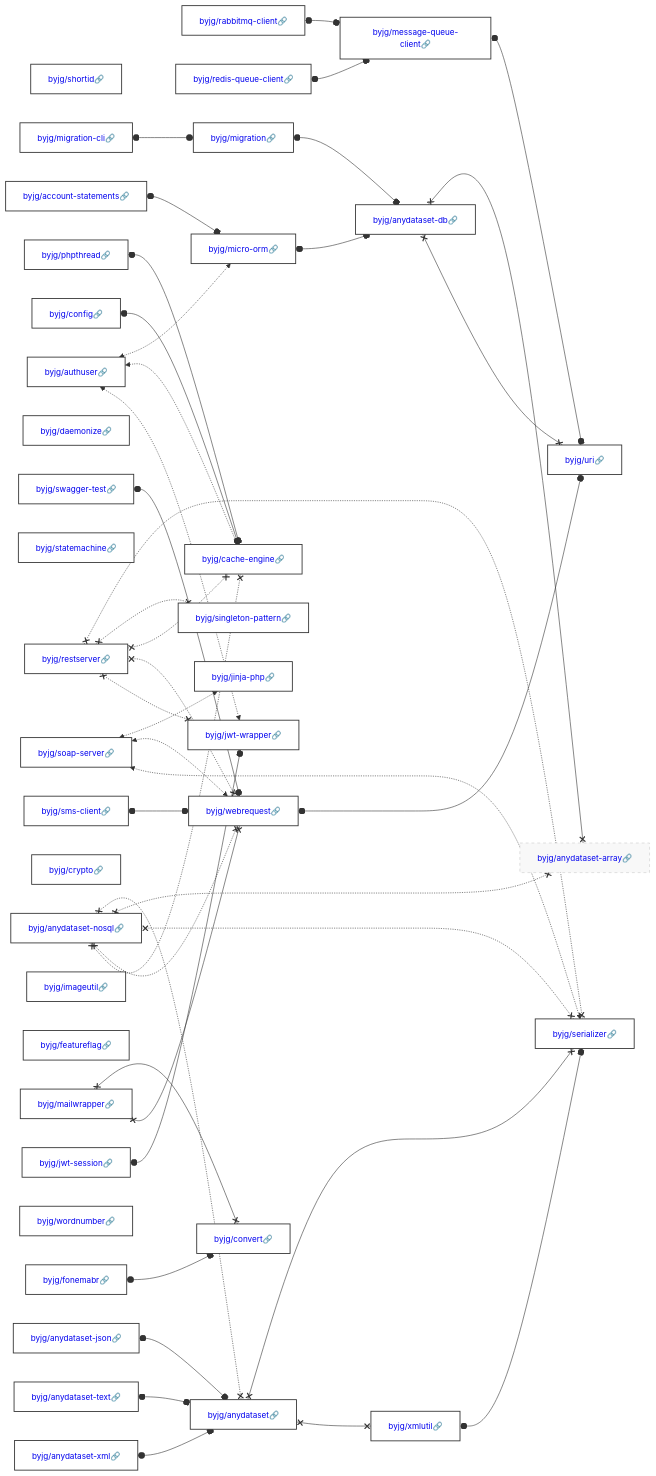
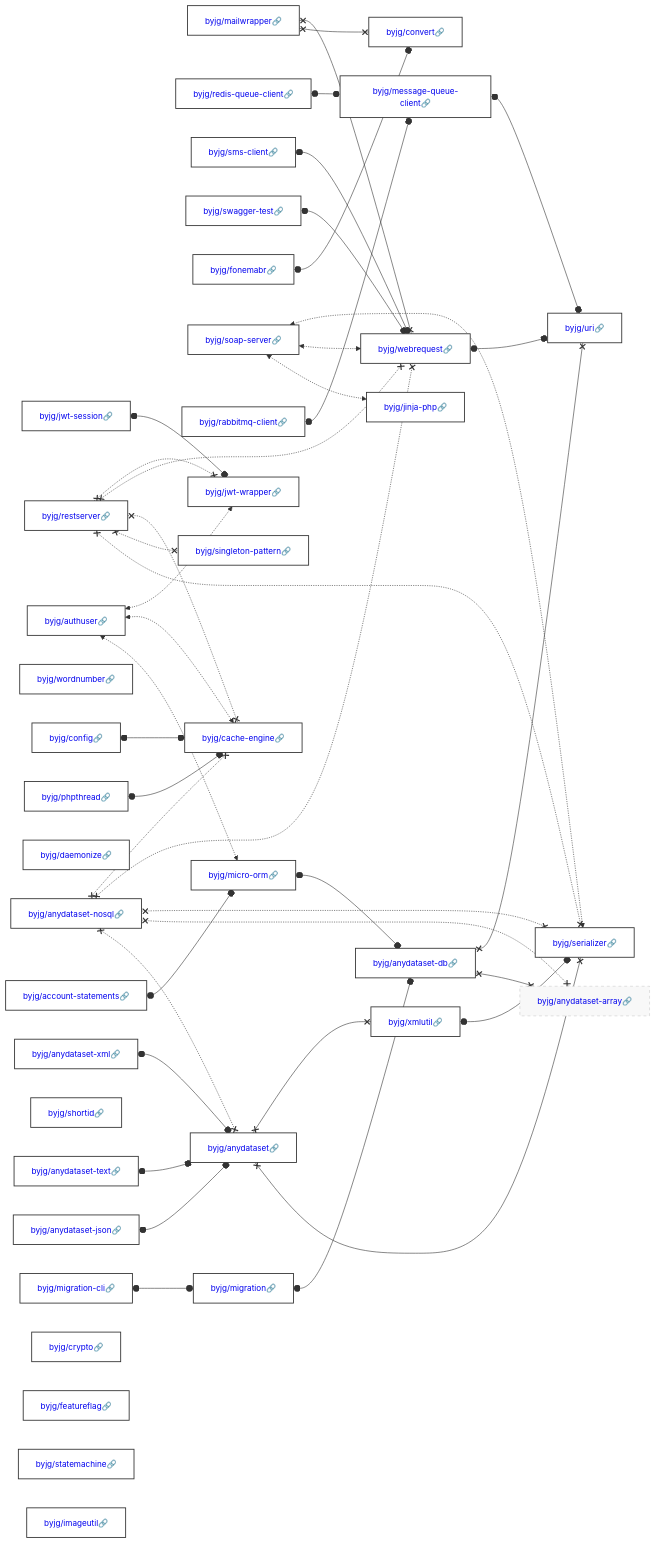
Before and after one commit to byjg/byjg.github.io: the diagram in docs/php/README.md, drawn with Mermaid. The commit also changed other lines of this file and 1 other file, not shown here.

Commit message:
Update documentation 'php' 'php-singleton-pattern'

````diff
--- a/docs/php/README.md
+++ b/docs/php/README.md
@@ -3,45 +3,45 @@
 ```mermaid
 graph LR;
-  byjg/shortid[<a href='https://opensource.byjg.com/docs/php/shortid' style='text-decoration:none'>byjg/shortid🔗</a>];
-  byjg/rabbitmq-client[<a href='https://opensource.byjg.com/docs/php/rabbitmq-client' style='text-decoration:none'>byjg/rabbitmq-client🔗</a>];
-  byjg/account-statements[<a href='https://opensource.byjg.com/docs/php/account-statements' style='text-decoration:none'>byjg/account-statements🔗</a>];
-  byjg/anydataset-text[<a href='https://opensource.byjg.com/docs/php/anydataset-text' style='text-decoration:none'>byjg/anydataset-text🔗</a>];
-  byjg/swagger-test[<a href='https://opensource.byjg.com/docs/php/swagger-test' style='text-decoration:none'>byjg/swagger-test🔗</a>];
-  byjg/anydataset-nosql[<a href='https://opensource.byjg.com/docs/php/anydataset-nosql' style='text-decoration:none'>byjg/anydataset-nosql🔗</a>];
-  byjg/restserver[<a href='https://opensource.byjg.com/docs/php/restserver' style='text-decoration:none'>byjg/restserver🔗</a>];
-  byjg/daemonize[<a href='https://opensource.byjg.com/docs/php/daemonize' style='text-decoration:none'>byjg/daemonize🔗</a>];
+  byjg/mailwrapper[<a href='https://opensource.byjg.com/docs/php/mailwrapper' style='text-decoration:none'>byjg/mailwrapper🔗</a>];
   byjg/phpthread[<a href='https://opensource.byjg.com/docs/php/phpthread' style='text-decoration:none'>byjg/phpthread🔗</a>];
-  byjg/statemachine[<a href='https://opensource.byjg.com/docs/php/statemachine' style='text-decoration:none'>byjg/statemachine🔗</a>];
-  byjg/soap-server[<a href='https://opensource.byjg.com/docs/php/soap-server' style='text-decoration:none'>byjg/soap-server🔗</a>];
-  byjg/mailwrapper[<a href='https://opensource.byjg.com/docs/php/mailwrapper' style='text-decoration:none'>byjg/mailwrapper🔗</a>];
-  byjg/sms-client[<a href='https://opensource.byjg.com/docs/php/sms-client' style='text-decoration:none'>byjg/sms-client🔗</a>];
-  byjg/crypto[<a href='https://opensource.byjg.com/docs/php/crypto' style='text-decoration:none'>byjg/crypto🔗</a>];
-  byjg/migration-cli[<a href='https://opensource.byjg.com/docs/php/migration-cli' style='text-decoration:none'>byjg/migration-cli🔗</a>];
-  byjg/imageutil[<a href='https://opensource.byjg.com/docs/php/imageutil' style='text-decoration:none'>byjg/imageutil🔗</a>];
-  byjg/featureflag[<a href='https://opensource.byjg.com/docs/php/featureflag' style='text-decoration:none'>byjg/featureflag🔗</a>];
-  byjg/redis-queue-client[<a href='https://opensource.byjg.com/docs/php/redis-queue-client' style='text-decoration:none'>byjg/redis-queue-client🔗</a>];
-  byjg/config[<a href='https://opensource.byjg.com/docs/php/config' style='text-decoration:none'>byjg/config🔗</a>];
+  byjg/anydataset-xml[<a href='https://opensource.byjg.com/docs/php/anydataset-xml' style='text-decoration:none'>byjg/anydataset-xml🔗</a>];
   byjg/authuser[<a href='https://opensource.byjg.com/docs/php/authuser' style='text-decoration:none'>byjg/authuser🔗</a>];
   byjg/wordnumber[<a href='https://opensource.byjg.com/docs/php/wordnumber' style='text-decoration:none'>byjg/wordnumber🔗</a>];
+  byjg/redis-queue-client[<a href='https://opensource.byjg.com/docs/php/redis-queue-client' style='text-decoration:none'>byjg/redis-queue-client🔗</a>];
+  byjg/restserver[<a href='https://opensource.byjg.com/docs/php/restserver' style='text-decoration:none'>byjg/restserver🔗</a>];
+  byjg/config[<a href='https://opensource.byjg.com/docs/php/config' style='text-decoration:none'>byjg/config🔗</a>];
+  byjg/daemonize[<a href='https://opensource.byjg.com/docs/php/daemonize' style='text-decoration:none'>byjg/daemonize🔗</a>];
+  byjg/migration-cli[<a href='https://opensource.byjg.com/docs/php/migration-cli' style='text-decoration:none'>byjg/migration-cli🔗</a>];
+  byjg/jwt-session[<a href='https://opensource.byjg.com/docs/php/jwt-session' style='text-decoration:none'>byjg/jwt-session🔗</a>];
+  byjg/sms-client[<a href='https://opensource.byjg.com/docs/php/sms-client' style='text-decoration:none'>byjg/sms-client🔗</a>];
   byjg/anydataset-json[<a href='https://opensource.byjg.com/docs/php/anydataset-json' style='text-decoration:none'>byjg/anydataset-json🔗</a>];
-  byjg/anydataset-xml[<a href='https://opensource.byjg.com/docs/php/anydataset-xml' style='text-decoration:none'>byjg/anydataset-xml🔗</a>];
-  byjg/jwt-session[<a href='https://opensource.byjg.com/docs/php/jwt-session' style='text-decoration:none'>byjg/jwt-session🔗</a>];
+  byjg/shortid[<a href='https://opensource.byjg.com/docs/php/shortid' style='text-decoration:none'>byjg/shortid🔗</a>];
+  byjg/anydataset-text[<a href='https://opensource.byjg.com/docs/php/anydataset-text' style='text-decoration:none'>byjg/anydataset-text🔗</a>];
+  byjg/anydataset-nosql[<a href='https://opensource.byjg.com/docs/php/anydataset-nosql' style='text-decoration:none'>byjg/anydataset-nosql🔗</a>];
+  byjg/account-statements[<a href='https://opensource.byjg.com/docs/php/account-statements' style='text-decoration:none'>byjg/account-statements🔗</a>];
+  byjg/swagger-test[<a href='https://opensource.byjg.com/docs/php/swagger-test' style='text-decoration:none'>byjg/swagger-test🔗</a>];
   byjg/fonemabr[<a href='https://opensource.byjg.com/docs/php/fonemabr' style='text-decoration:none'>byjg/fonemabr🔗</a>];
+  byjg/crypto[<a href='https://opensource.byjg.com/docs/php/crypto' style='text-decoration:none'>byjg/crypto🔗</a>];
+  byjg/featureflag[<a href='https://opensource.byjg.com/docs/php/featureflag' style='text-decoration:none'>byjg/featureflag🔗</a>];
+  byjg/soap-server[<a href='https://opensource.byjg.com/docs/php/soap-server' style='text-decoration:none'>byjg/soap-server🔗</a>];
+  byjg/statemachine[<a href='https://opensource.byjg.com/docs/php/statemachine' style='text-decoration:none'>byjg/statemachine🔗</a>];
+  byjg/rabbitmq-client[<a href='https://opensource.byjg.com/docs/php/rabbitmq-client' style='text-decoration:none'>byjg/rabbitmq-client🔗</a>];
+  byjg/imageutil[<a href='https://opensource.byjg.com/docs/php/imageutil' style='text-decoration:none'>byjg/imageutil🔗</a>];
   byjg/singleton-pattern[<a href='https://opensource.byjg.com/docs/php/singleton-pattern' style='text-decoration:none'>byjg/singleton-pattern🔗</a>];
+  byjg/migration[<a href='https://opensource.byjg.com/docs/php/migration' style='text-decoration:none'>byjg/migration🔗</a>];
+  byjg/jwt-wrapper[<a href='https://opensource.byjg.com/docs/php/jwt-wrapper' style='text-decoration:none'>byjg/jwt-wrapper🔗</a>];
+  byjg/anydataset[<a href='https://opensource.byjg.com/docs/php/anydataset' style='text-decoration:none'>byjg/anydataset🔗</a>];
+  byjg/cache-engine[<a href='https://opensource.byjg.com/docs/php/cache-engine' style='text-decoration:none'>byjg/cache-engine🔗</a>];
+  byjg/micro-orm[<a href='https://opensource.byjg.com/docs/php/micro-orm' style='text-decoration:none'>byjg/micro-orm🔗</a>];
+  byjg/convert[<a href='https://opensource.byjg.com/docs/php/convert' style='text-decoration:none'>byjg/convert🔗</a>];
   byjg/jinja-php[<a href='https://opensource.byjg.com/docs/php/jinja-php' style='text-decoration:none'>byjg/jinja-php🔗</a>];
   byjg/webrequest[<a href='https://opensource.byjg.com/docs/php/webrequest' style='text-decoration:none'>byjg/webrequest🔗</a>];
-  byjg/migration[<a href='https://opensource.byjg.com/docs/php/migration' style='text-decoration:none'>byjg/migration🔗</a>];
   byjg/message-queue-client[<a href='https://opensource.byjg.com/docs/php/message-queue-client' style='text-decoration:none'>byjg/message-queue-client🔗</a>];
-  byjg/micro-orm[<a href='https://opensource.byjg.com/docs/php/micro-orm' style='text-decoration:none'>byjg/micro-orm🔗</a>];
-  byjg/cache-engine[<a href='https://opensource.byjg.com/docs/php/cache-engine' style='text-decoration:none'>byjg/cache-engine🔗</a>];
-  byjg/anydataset[<a href='https://opensource.byjg.com/docs/php/anydataset' style='text-decoration:none'>byjg/anydataset🔗</a>];
-  byjg/jwt-wrapper[<a href='https://opensource.byjg.com/docs/php/jwt-wrapper' style='text-decoration:none'>byjg/jwt-wrapper🔗</a>];
-  byjg/convert[<a href='https://opensource.byjg.com/docs/php/convert' style='text-decoration:none'>byjg/convert🔗</a>];
+  byjg/xmlutil[<a href='https://opensource.byjg.com/docs/php/xmlutil' style='text-decoration:none'>byjg/xmlutil🔗</a>];
   byjg/anydataset-db[<a href='https://opensource.byjg.com/docs/php/anydataset-db' style='text-decoration:none'>byjg/anydataset-db🔗</a>];
-  byjg/xmlutil[<a href='https://opensource.byjg.com/docs/php/xmlutil' style='text-decoration:none'>byjg/xmlutil🔗</a>];
+  byjg/serializer[<a href='https://opensource.byjg.com/docs/php/serializer' style='text-decoration:none'>byjg/serializer🔗</a>];
   byjg/anydataset-array[<a href='https://opensource.byjg.com/docs/php/anydataset-array' style='text-decoration:none'>byjg/anydataset-array🔗</a>];
   byjg/uri[<a href='https://opensource.byjg.com/docs/php/uri' style='text-decoration:none'>byjg/uri🔗</a>];
-  byjg/serializer[<a href='https://opensource.byjg.com/docs/php/serializer' style='text-decoration:none'>byjg/serializer🔗</a>];
   byjg/xmlutil o--o byjg/serializer;
   byjg/rabbitmq-client o--o byjg/message-queue-client;
   byjg/migration o--o byjg/anydataset-db;
````
